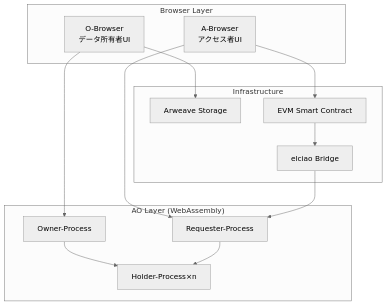
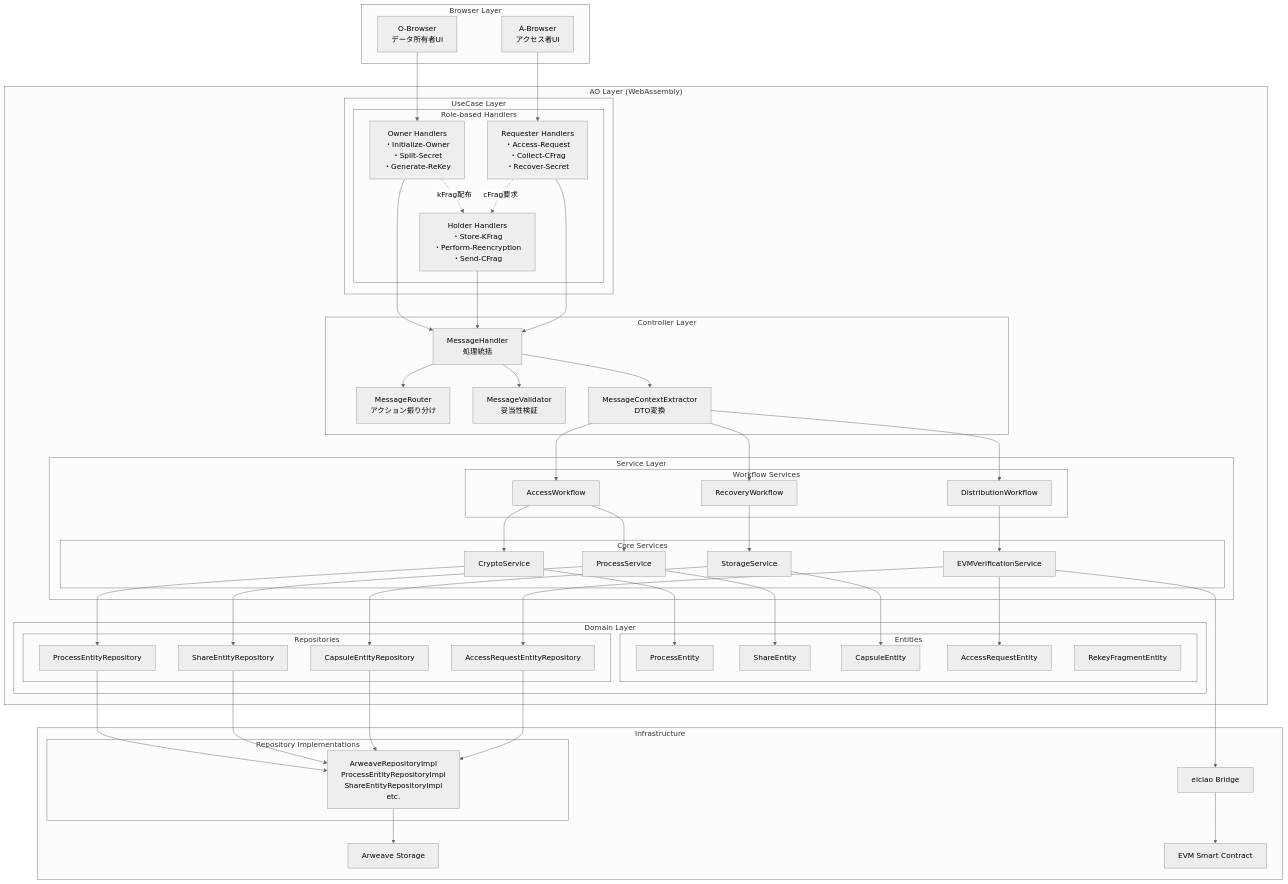
One commit to shodaimomiyama/D-TPRES changed the diagram in docs/development/architecture_overview.md. Above: the diagram before and after it, drawn with Mermaid (neutral theme).

Commit message:
アーキテクチャ概要ドキュメントにUseCase層、Controller層、Service層、Domain層の詳細を追加しました。各層の役割やハンドラー、サービス、エンティティ、リポジトリの関係を視覚的に示し、システム全体の流れを明確にしました。これにより、開発チームがD-TPRESシステムの構造をより理解しやすくなります。

````diff
--- a/docs/development/architecture_overview.md
+++ b/docs/development/architecture_overview.md
@@ -18,23 +18,110 @@
     end
     
     subgraph "AO Layer (WebAssembly)"
-        PO[Owner-Process]
-        RP[Requester-Process]
-        HP[Holder-Process×n]
+        subgraph "UseCase Layer"
+            subgraph "Role-based Handlers"
+                OH[Owner Handlers<br/>・Initialize-Owner<br/>・Split-Secret<br/>・Generate-ReKey]
+                HH[Holder Handlers<br/>・Store-KFrag<br/>・Perform-Reencryption<br/>・Send-CFrag]
+                RH[Requester Handlers<br/>・Access-Request<br/>・Collect-CFrag<br/>・Recover-Secret]
+            end
+        end
+        
+        subgraph "Controller Layer"
+            MH[MessageHandler<br/>処理統括]
+            MR[MessageRouter<br/>アクション振り分け]
+            MV[MessageValidator<br/>妥当性検証]
+            MC[MessageContextExtractor<br/>DTO変換]
+        end
+        
+        subgraph "Service Layer"
+            subgraph "Workflow Services"
+                WS1[AccessWorkflow]
+                WS2[RecoveryWorkflow]
+                WS3[DistributionWorkflow]
+            end
+            subgraph "Core Services"
+                CS1[CryptoService]
+                CS2[ProcessService]
+                CS3[StorageService]
+                CS4[EVMVerificationService]
+            end
+        end
+        
+        subgraph "Domain Layer"
+            subgraph "Entities"
+                E1[ProcessEntity]
+                E2[ShareEntity]
+                E3[CapsuleEntity]
+                E4[AccessRequestEntity]
+                E5[RekeyFragmentEntity]
+            end
+            subgraph "Repositories"
+                R1[ProcessEntityRepository]
+                R2[ShareEntityRepository]
+                R3[CapsuleEntityRepository]
+                R4[AccessRequestEntityRepository]
+            end
+        end
     end
     
     subgraph "Infrastructure"
+        subgraph "Repository Implementations"
+            RI[ArweaveRepositoryImpl<br/>ProcessEntityRepositoryImpl<br/>ShareEntityRepositoryImpl<br/>etc.]
+        end
         AR[Arweave Storage]
         EVM[EVM Smart Contract]
         EL[elciao Bridge]
     end
     
-    OB --> PO
-    AB --> RP
-    PO --> HP
-    RP --> HP
-    OB --> AR
-    AB --> EVM
-    EVM --> EL
-    EL --> RP
+    %% Browser to UseCase
+    OB --> OH
+    AB --> RH
+    
+    %% UseCase to Controller
+    OH --> MH
+    HH --> MH
+    RH --> MH
+    
+    %% Controller Internal Flow
+    MH --> MR
+    MH --> MV
+    MH --> MC
+    
+    %% Controller to Service
+    MC --> WS1
+    MC --> WS2
+    MC --> WS3
+    
+    %% Workflow to Core Services
+    WS1 --> CS1
+    WS1 --> CS2
+    WS2 --> CS3
+    WS3 --> CS4
+    
+    %% Service to Domain
+    CS1 --> E1
+    CS2 --> E2
+    CS3 --> E3
+    CS4 --> E4
+    
+    %% Service to Repository
+    CS1 --> R1
+    CS2 --> R2
+    CS3 --> R3
+    CS4 --> R4
+    
+    %% Repository to Infrastructure
+    R1 --> RI
+    R2 --> RI
+    R3 --> RI
+    R4 --> RI
+    
+    %% Infrastructure to External Systems
+    RI --> AR
+    CS4 --> EL
+    EL --> EVM
+    
+    %% Inter-process communication
+    OH -.->|kFrag配布| HH
+    RH -.->|cFrag要求| HH
 ```
````
